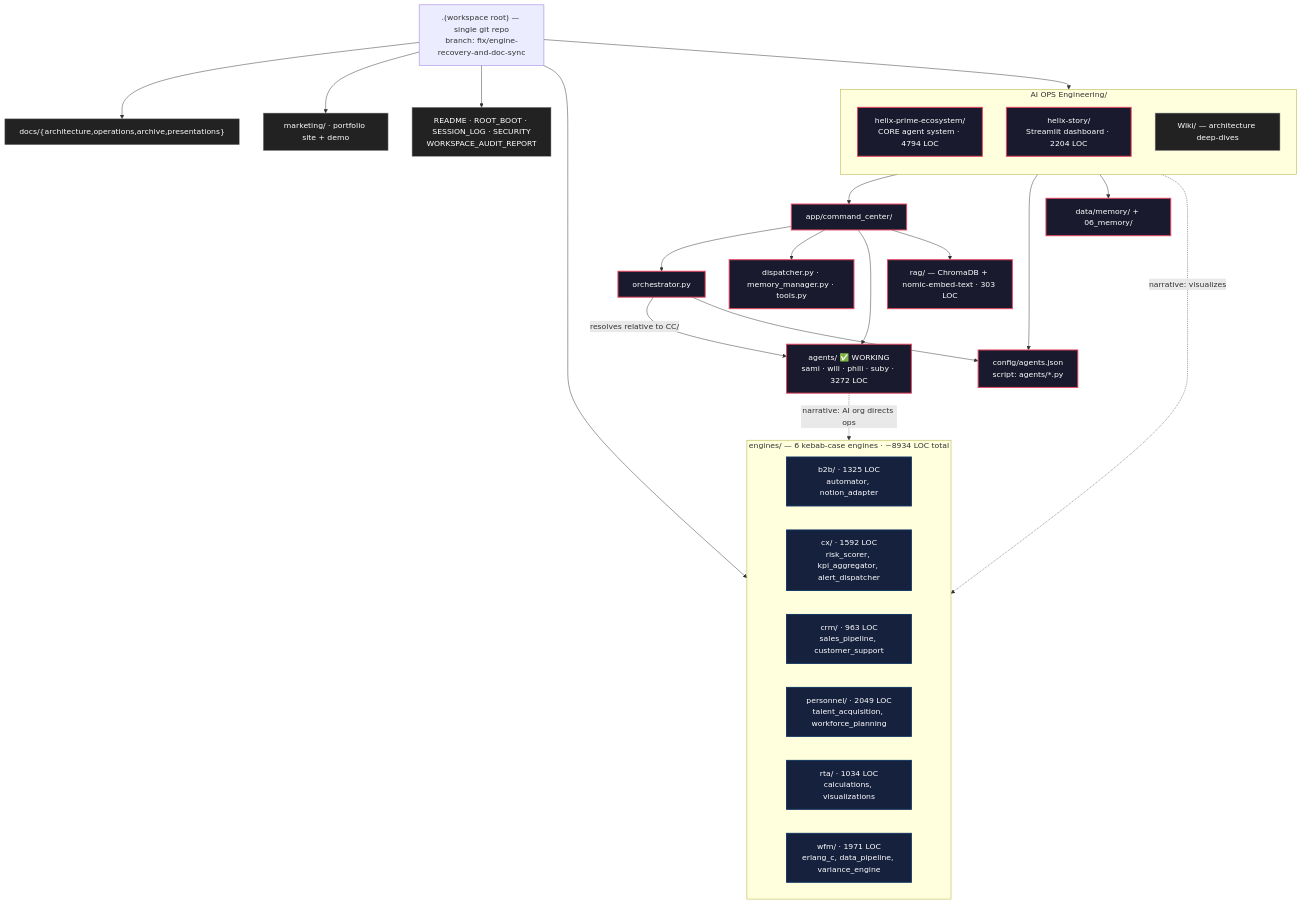
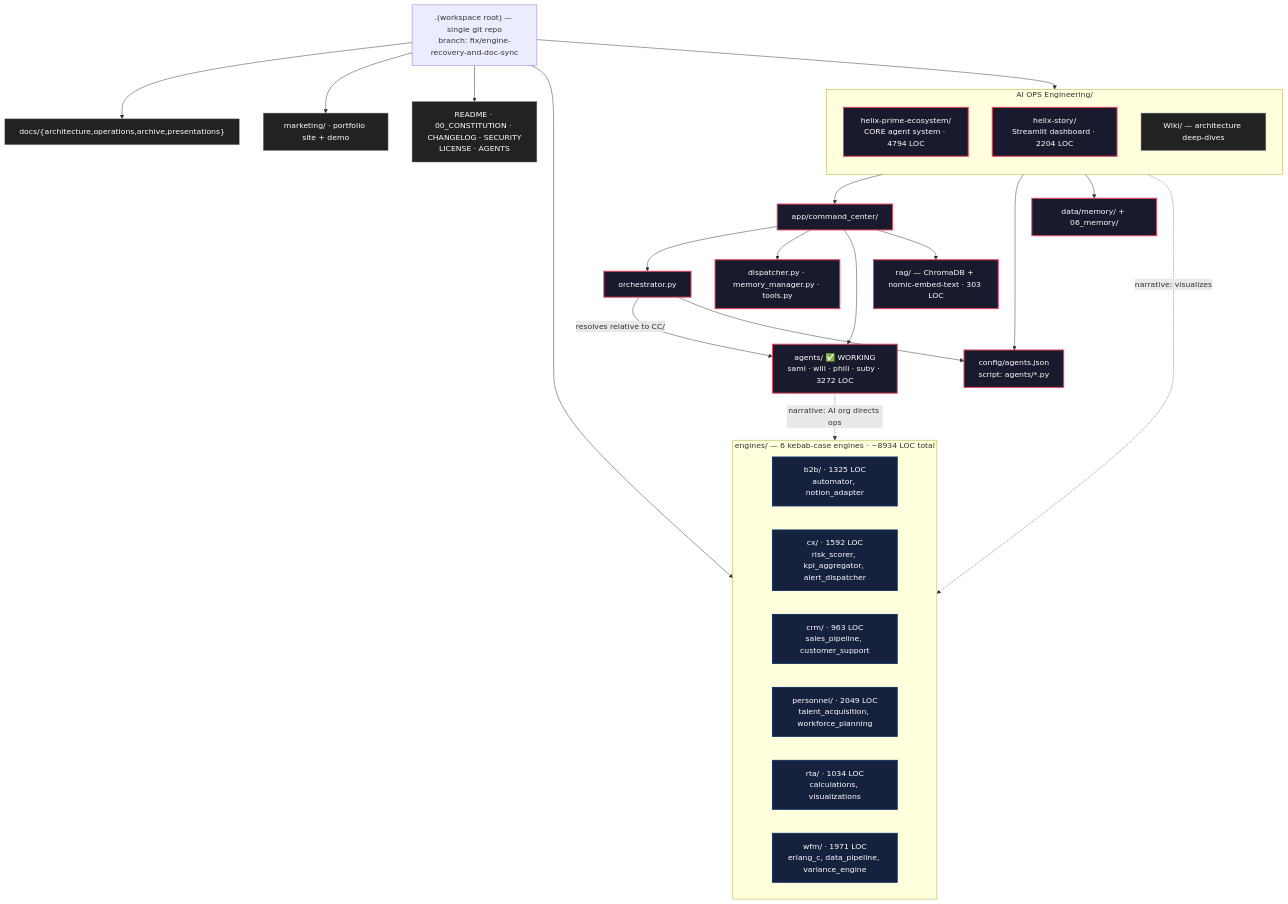
One commit to HatemIsmailShalaby1979/Helix-Prime changed the first of 5 diagrams in docs/architecture/REPO_GRAPH.md. Above: the diagram before and after it, drawn with Mermaid. The commit also changed other lines of this file and 29 other files, not shown here.

Commit message:
docs: align marketing + docs with current repo status (621 tests, 9 agents, helix-api canonical, kill switch/metrics/audit chain real, Scoach pack built, LICENSE + tenancy resolved)

````diff
--- a/docs/architecture/REPO_GRAPH.md
+++ b/docs/architecture/REPO_GRAPH.md
@@ -20,48 +28,48 @@
 ```mermaid
 flowchart TD
     Root[".(workspace root) — single git repo<br/>branch: fix/engine-recovery-and-doc-sync"]
 
     subgraph CORE["AI OPS Engineering/"]
         direction TB
         Helix["helix-prime-ecosystem/<br/>CORE agent system · 4794 LOC"]
         Story["helix-story/<br/>Streamlit dashboard · 2204 LOC"]
         Wiki["Wiki/ — architecture deep-dives"]
     end
 
     Helix --> CC["app/command_center/"]
     CC --> Orch["orchestrator.py"]
     CC --> Disp["dispatcher.py · memory_manager.py · tools.py"]
     CC --> CCAgents["agents/ ✅ WORKING<br/>sami · wili · phili · suby · 3272 LOC"]
     CC --> RAG["rag/ — ChromaDB + nomic-embed-text · 303 LOC"]
     Helix --> Reg["config/agents.json<br/>script: agents/*.py"]
     Helix --> Mem["data/memory/ + 06_memory/"]
     Orch -->|"resolves relative to CC/"| CCAgents
     Orch --> Reg
 
     subgraph ENGINES["engines/ — 6 kebab-case engines · ~8934 LOC total"]
         direction LR
         EB2B["b2b/ · 1325 LOC<br/>automator, notion_adapter"]
         ECX["cx/ · 1592 LOC<br/>risk_scorer, kpi_aggregator, alert_dispatcher"]
         ECRM["crm/ · 963 LOC<br/>sales_pipeline, customer_support"]
         EPERS["personnel/ · 2049 LOC<br/>talent_acquisition, workforce_planning"]
         ERTA["rta/ · 1034 LOC<br/>calculations, visualizations"]
         EWFM["wfm/ · 1971 LOC<br/>erlang_c, data_pipeline, variance_engine"]
     end
 
     Root --> CORE
     Root --> ENGINES
     Root --> Docs["docs/{architecture,operations,archive,presentations}"]
     Root --> Mktg["marketing/ · portfolio site + demo"]
-    Root --> Toplevel["README · ROOT_BOOT · SESSION_LOG · SECURITY<br/>WORKSPACE_AUDIT_REPORT"]
+    Root --> Toplevel["README · 00_CONSTITUTION · CHANGELOG · SECURITY<br/>LICENSE · AGENTS"]
 
     %% Narrative / soft links (engines are independently runnable)
     CCAgents -.->|"narrative: AI org directs ops"| ENGINES
     Story -.->|"narrative: visualizes"| ENGINES
 
     classDef core fill:#1a1a2e,stroke:#e94560,color:#fff,stroke-width:2px
     classDef engine fill:#16213e,stroke:#0f3460,color:#fff,stroke-width:2px
     classDef doc fill:#222,stroke:#888,color:#fff,stroke-width:1px
     class Helix,Story,CC,CCAgents,RAG,Orch,Disp,Reg,Mem core
     class EB2B,ECX,ECRM,EPERS,ERTA,EWFM engine
     class Docs,Mktg,Toplevel,Wiki doc
 ```
````
